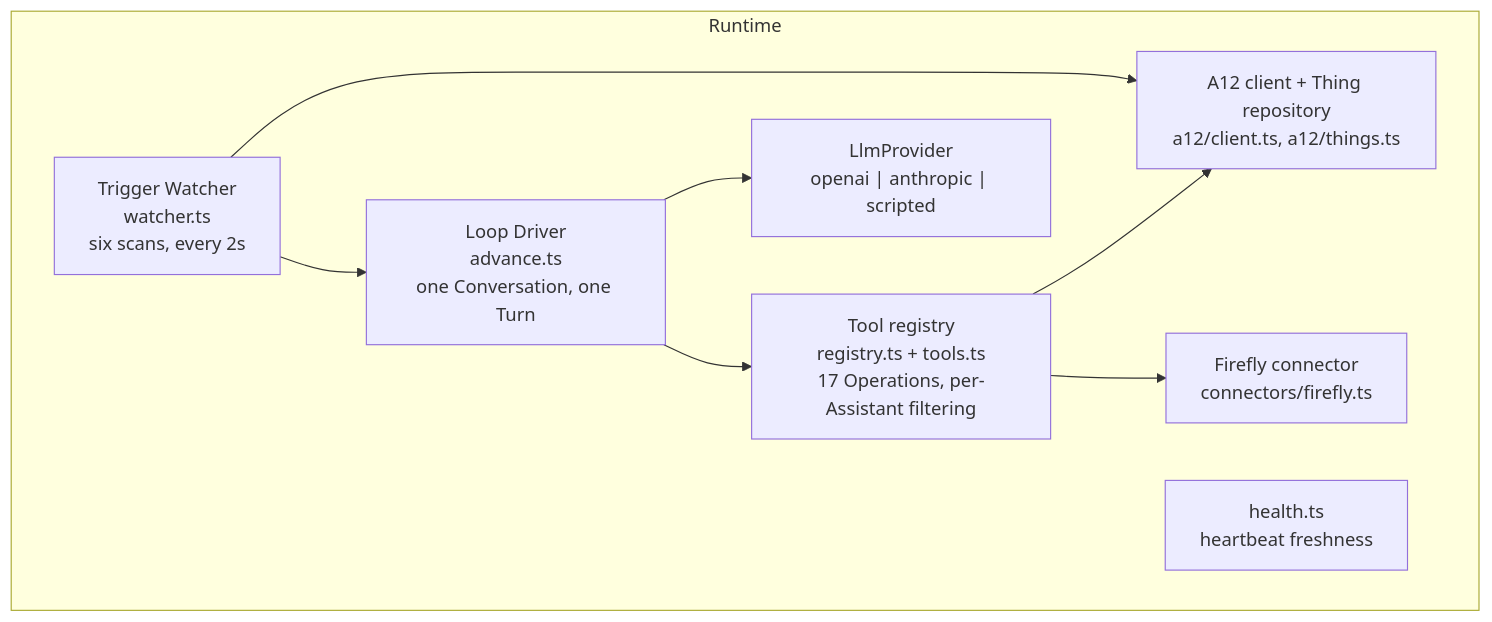
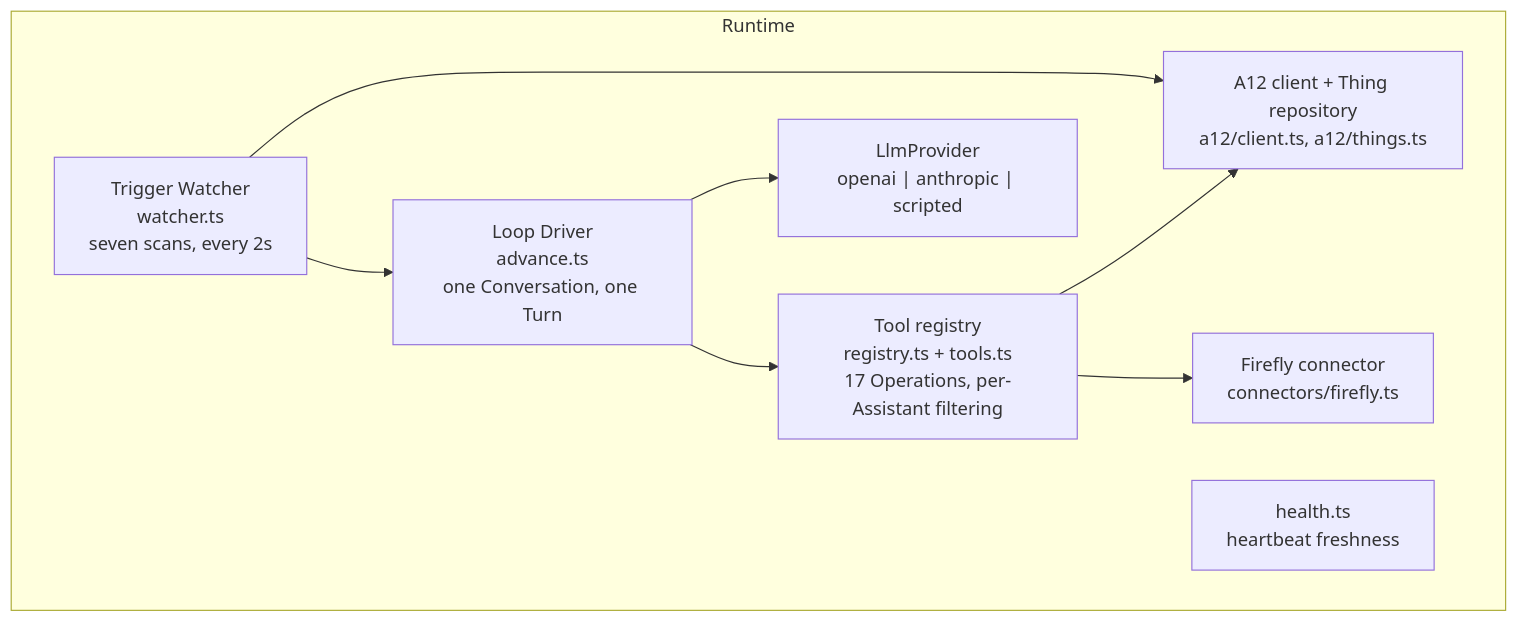
Before and after one commit to tillg/assistants: the second of 3 diagrams in specs/system/architecture.md, drawn with Mermaid. The commit also changed other lines of this file and 42 other files, not shown here.

````diff
--- a/specs/system/architecture.md
+++ b/specs/system/architecture.md
@@ -199,18 +199,18 @@
 ```mermaid
 flowchart TB
     subgraph RT["Runtime"]
-        W["Trigger Watcher<br/>watcher.ts<br/>six scans, every 2s"]
+        W["Trigger Watcher<br/>watcher.ts<br/>seven scans, every 2s"]
         L["Loop Driver<br/>advance.ts<br/>one Conversation, one Turn"]
         TR["Tool registry<br/>registry.ts + tools.ts<br/>17 Operations, per-Assistant filtering"]
         C["A12 client + Thing repository<br/>a12/client.ts, a12/things.ts"]
         P["LlmProvider<br/>openai | anthropic | scripted"]
         FFC["Firefly connector<br/>connectors/firefly.ts"]
         H["health.ts<br/>heartbeat freshness"]
     end
     W --> L
     L --> TR
     L --> P
     TR --> C
     TR --> FFC
     W --> C
 ```
````
